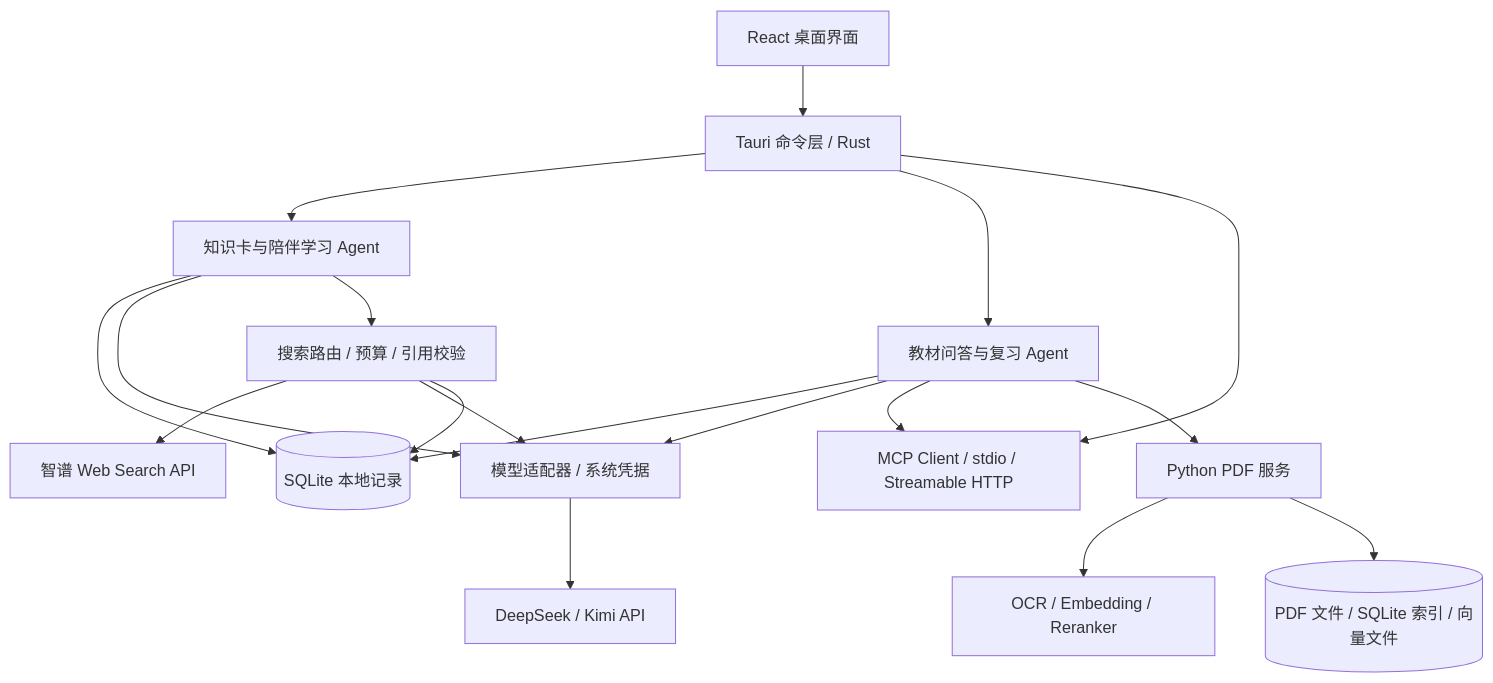
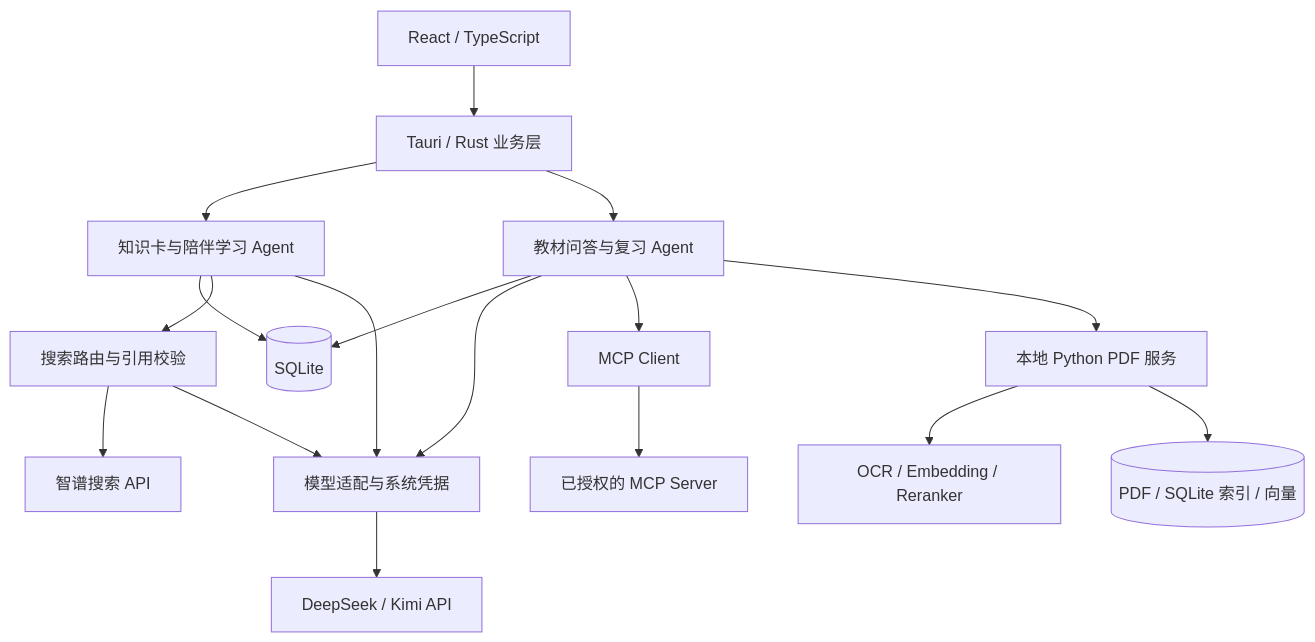
The diagram in README.md (Hccccy2002/Tell-You-Why), drawn with Mermaid before and after one commit. The commit also changed other lines of this file and 224 other files, not shown here.

````diff
--- a/README.md
+++ b/README.md
@@ -235,20 +53,19 @@
 ```mermaid
 flowchart TD
-    UI[React 桌面界面] --> IPC[Tauri 命令层 / Rust]
-    IPC --> Cards[知识卡与陪伴学习 Agent]
-    IPC --> PDF[教材问答与复习 Agent]
-    IPC --> MCP[MCP Client / stdio / Streamable HTTP]
-    Cards --> DB[(SQLite 本地记录)]
-    PDF --> DB
-    Cards --> Provider[模型适配器 / 系统凭据]
-    PDF --> Provider
-    PDF --> MCP
-    Provider --> API[DeepSeek / Kimi API]
-    Cards --> Search[搜索路由 / 预算 / 引用校验]
-    Search --> Zhipu[智谱 Web Search API]
+    UI[React / TypeScript] --> Rust[Tauri / Rust 业务层]
+    Rust --> Study[知识卡与陪伴学习 Agent]
+    Rust --> Review[教材问答与复习 Agent]
+    Study --> DB[(SQLite)]
+    Review --> DB
+    Study --> Search[搜索路由与引用校验]
+    Search --> Zhipu[智谱搜索 API]
+    Study --> Provider[模型适配与系统凭据]
+    Review --> Provider
     Search --> Provider
-    Search --> DB
-    PDF --> Python[Python PDF 服务]
-    Python --> Local[OCR / Embedding / Reranker]
-    Python --> Index[(PDF 文件 / SQLite 索引 / 向量文件)]
+    Provider --> LLM[DeepSeek / Kimi API]
+    Review --> MCP[MCP Client]
+    MCP --> Server[已授权的 MCP Server]
+    Review --> Python[本地 Python PDF 服务]
+    Python --> Models[OCR / Embedding / Reranker]
+    Python --> KB[(PDF / SQLite 索引 / 向量)]
 ```
````
